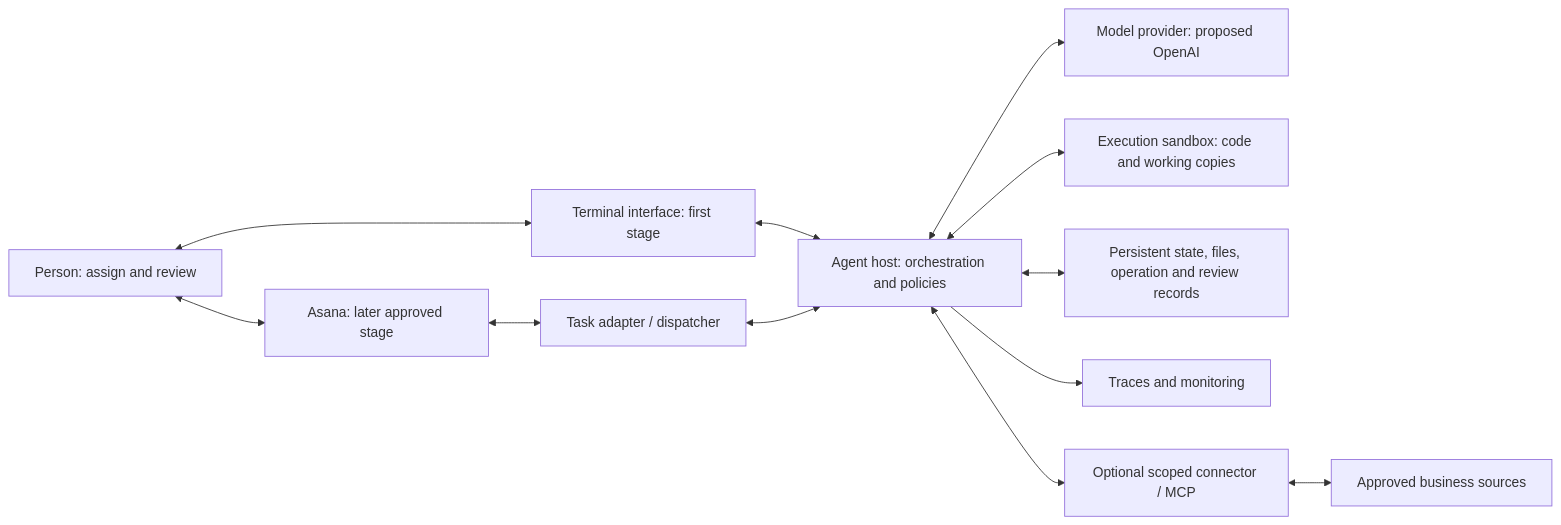
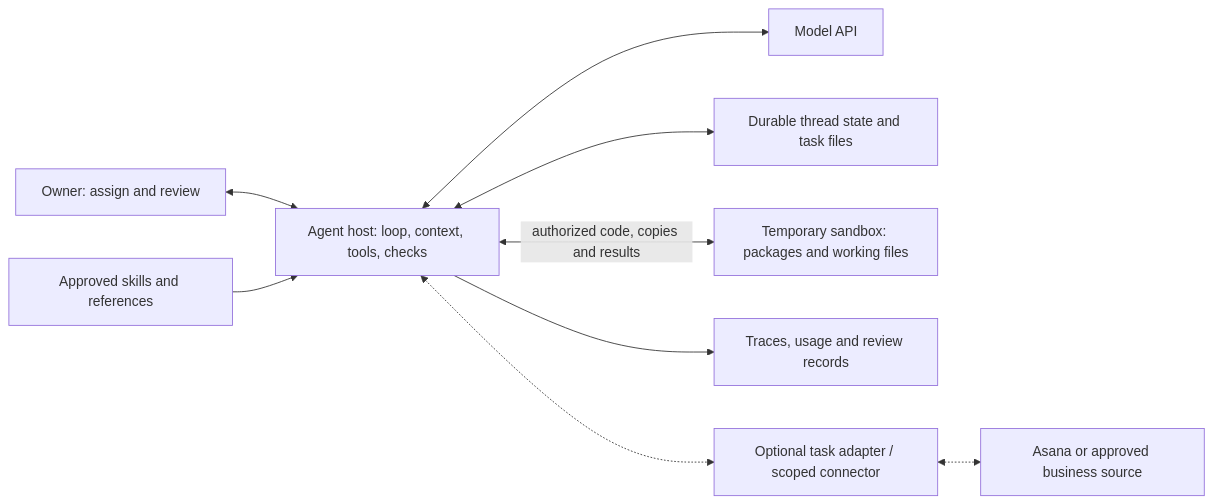
One commit to neil-yee/accounting-finance-agent changed the second of 3 diagrams in docs/agent-spec.md. Above: the diagram before and after it, drawn with Mermaid. The commit also changed other lines of this file and 1 other file, not shown here.

Commit message:
docs: make agent specification practical and scope driven

````diff
--- a/docs/agent-spec.md
+++ b/docs/agent-spec.md
@@ -218,14 +193,11 @@
 ```mermaid
 flowchart LR
-    USER["Person: assign and review"] <--> UI["Terminal interface: first stage"]
-    USER <--> ASANA["Asana: later approved stage"]
-    UI <--> HOST["Agent host: orchestration and policies"]
-    ASANA <--> ADAPTER["Task adapter / dispatcher"]
-    ADAPTER <--> HOST
-    HOST <--> MODEL["Model provider: proposed OpenAI"]
-    HOST <--> SANDBOX["Execution sandbox: code and working copies"]
-    HOST <--> STORE["Persistent state, files, operation and review records"]
-    HOST --> TRACE["Traces and monitoring"]
-    HOST <--> CONNECTOR["Optional scoped connector / MCP"]
-    CONNECTOR <--> SYSTEM["Approved business sources"]
+    USER["Owner: assign and review"] <--> HOST["Agent host: loop, context, tools, checks"]
+    HOST <--> MODEL["Model API"]
+    HOST <--> STATE["Durable thread state and task files"]
+    REFS["Approved skills and references"] --> HOST
+    HOST <-->|"authorized code, copies and results"| SBX["Temporary sandbox: packages and working files"]
+    HOST --> TRACE["Traces, usage and review records"]
+    HOST <-.-> CONNECT["Optional task adapter / scoped connector"]
+    CONNECT <-.-> EXTERNAL["Asana or approved business source"]
 ```
````
